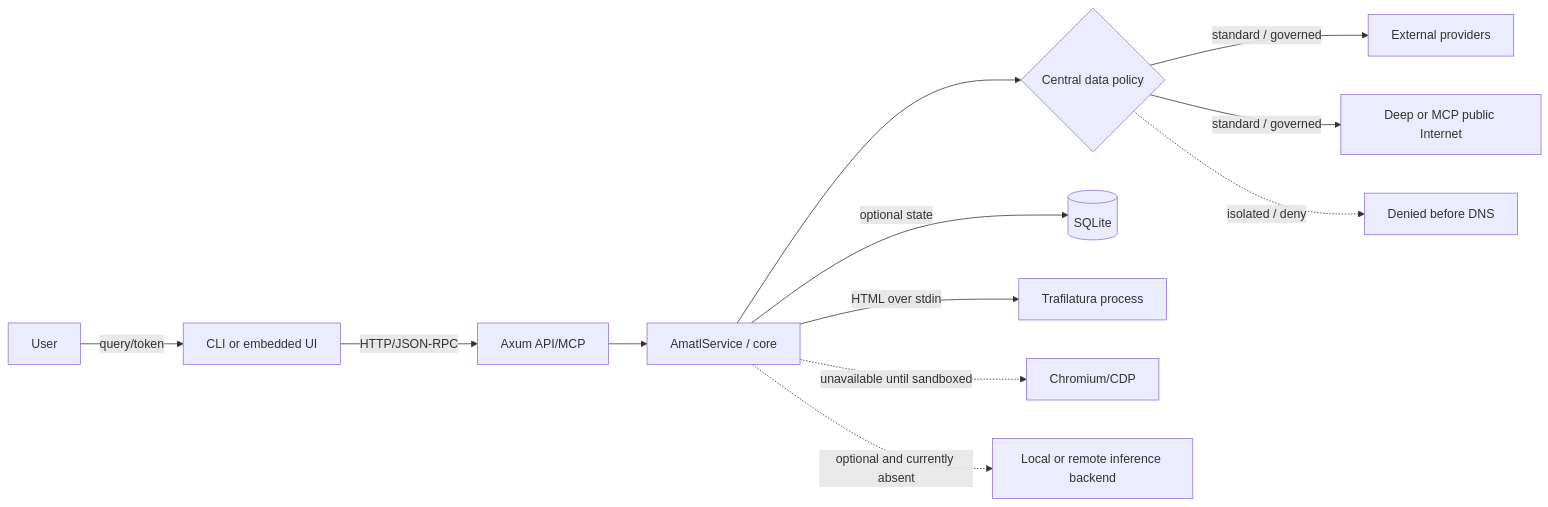
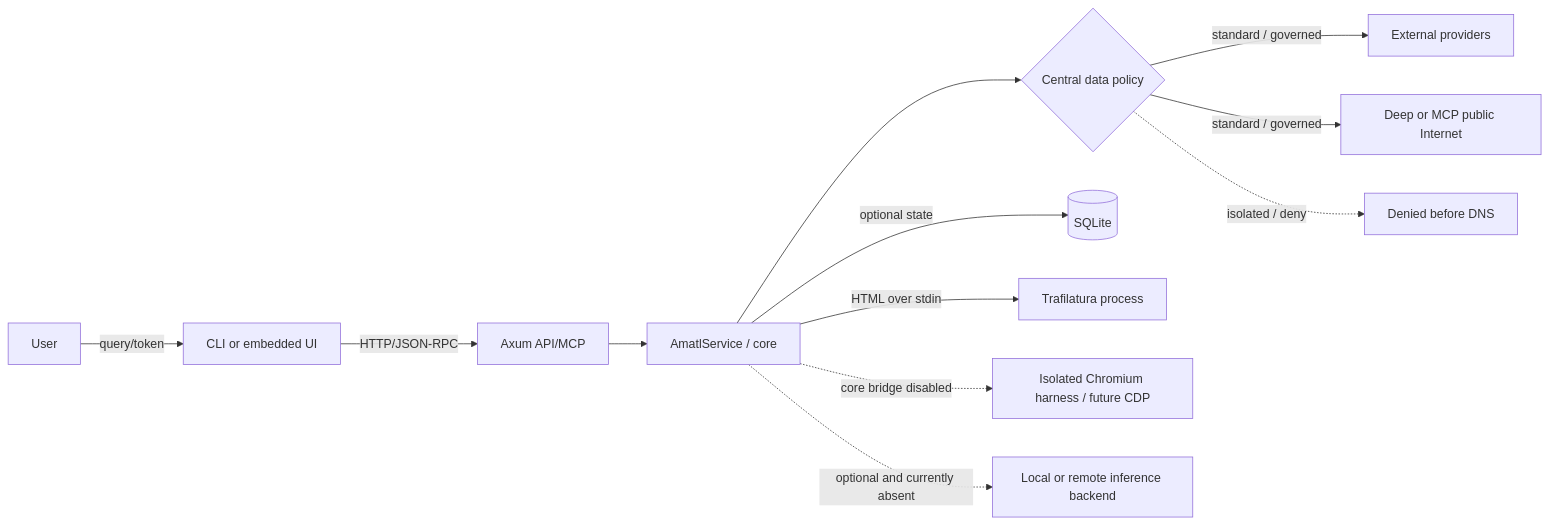
The diagram in docs/security/threat-model.md (IA-Alex/amatl), drawn with Mermaid before and after one commit. The commit also changed other lines of this file and 32 other files, not shown here.

````diff
--- a/docs/security/threat-model.md
+++ b/docs/security/threat-model.md
@@ -18,14 +18,14 @@
 ```mermaid
 flowchart LR
   U[User] -->|query/token| S[CLI or embedded UI]
   S -->|HTTP/JSON-RPC| H[Axum API/MCP]
   H --> C[AmatlService / core]
   C --> G{Central data policy}
   G -->|standard / governed| P[External providers]
   G -->|standard / governed| F[Deep or MCP public Internet]
   G -. isolated / deny .-> X[Denied before DNS]
   C -->|optional state| DB[(SQLite)]
   C -->|HTML over stdin| T[Trafilatura process]
-  C -. unavailable until sandboxed .-> R[Chromium/CDP]
+  C -. core bridge disabled .-> R[Isolated Chromium harness / future CDP]
   C -. optional and currently absent .-> L[Local or remote inference backend]
 ```
````
